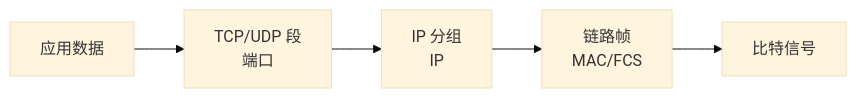
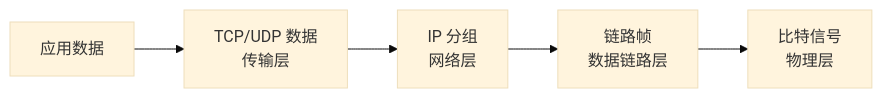
The diagram in 01_综合知识/01_计算机系统基础知识/03_计算机网络/03_网络体系结构与互联设备/网络协议与OSI七层.md (74262195/system-architect-notes), drawn with Mermaid (base theme) before and after one commit. The commit also changed other lines of this file and 23 other files, not shown here.

````diff
--- a/01_综合知识/01_计算机系统基础知识/03_计算机网络/03_网络体系结构与互联设备/网络协议与OSI七层.md
+++ b/01_综合知识/01_计算机系统基础知识/03_计算机网络/03_网络体系结构与互联设备/网络协议与OSI七层.md
@@ -54,7 +45,7 @@
 ```mermaid
 flowchart LR
-  A[应用数据] --> B[TCP/UDP 段<br/>端口]
-  B --> C[IP 分组<br/>IP]
-  C --> D[链路帧<br/>MAC/FCS]
-  D --> E[比特信号]
+  A[应用数据] --> B[TCP/UDP 数据<br/>传输层]
+  B --> C[IP 分组<br/>网络层]
+  C --> D[链路帧<br/>数据链路层]
+  D --> E[比特信号<br/>物理层]
 ```
````
